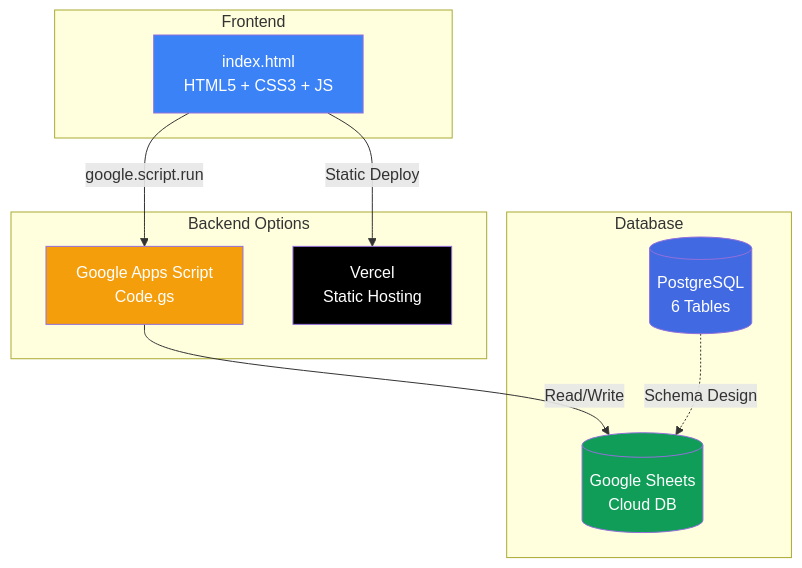
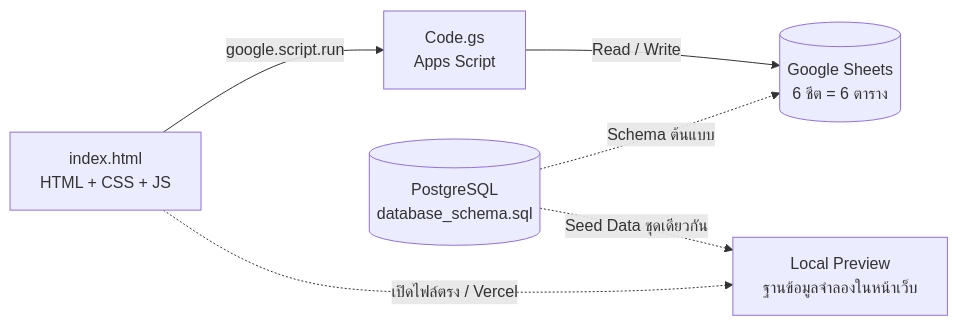
Before and after one commit to novterss/nexus-space: the diagram in README.md, drawn with Mermaid. The commit also changed other lines of this file and 7 other files, not shown here.

First line of the commit message:
feat: v3.0 redesign with timeline booking UI, ERD-accurate data model, and docs

````diff
--- a/README.md
+++ b/README.md
@@ -149,27 +73,8 @@
 ```mermaid
-graph TB
-    subgraph Frontend
-        A[index.html<br>HTML5 + CSS3 + JS]
-    end
-    
-    subgraph Backend Options
-        B[Google Apps Script<br>Code.gs]
-        C[Vercel<br>Static Hosting]
-    end
-    
-    subgraph Database
-        D[(PostgreSQL<br>6 Tables)]
-        E[(Google Sheets<br>Cloud DB)]
-    end
-    
-    A -->|google.script.run| B
-    A -->|Static Deploy| C
-    B -->|Read/Write| E
-    D -.->|Schema Design| E
-    
-    style A fill:#3b82f6,color:#fff
-    style B fill:#f59e0b,color:#fff
-    style C fill:#000,color:#fff
-    style D fill:#4169e1,color:#fff
-    style E fill:#0f9d58,color:#fff
+graph LR
+    A[index.html<br>HTML + CSS + JS] -->|google.script.run| B[Code.gs<br>Apps Script]
+    B -->|Read / Write| C[(Google Sheets<br>6 ชีต = 6 ตาราง)]
+    A -.->|เปิดไฟล์ตรง / Vercel| D[Local Preview<br>ฐานข้อมูลจำลองในหน้าเว็บ]
+    E[(PostgreSQL<br>database_schema.sql)] -.->|Schema ต้นแบบ| C
+    E -.->|Seed Data ชุดเดียวกัน| D
 ```
````
